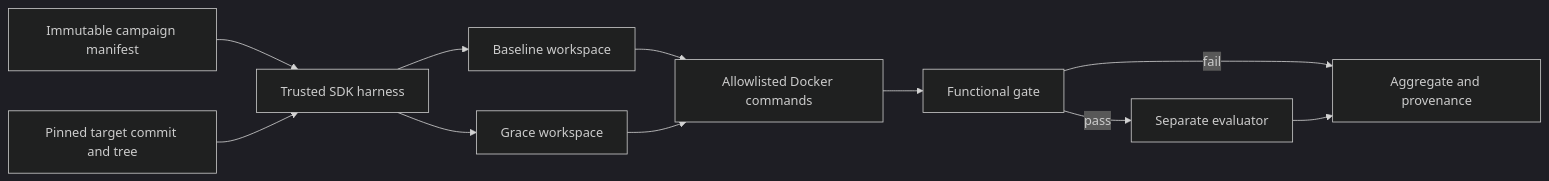
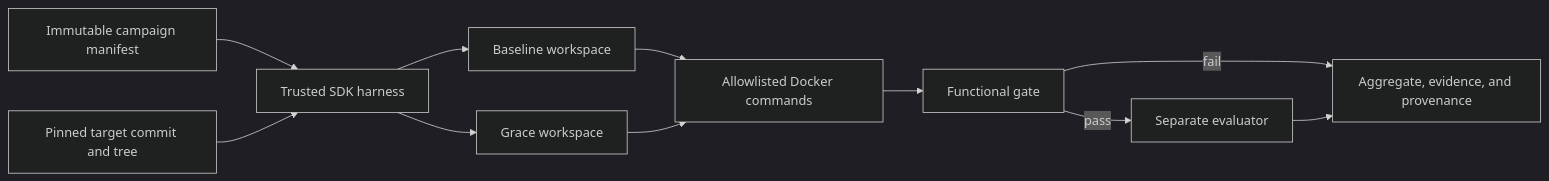
Before and after one commit to HoppR-tech/codeconform-bench: the second of 4 diagrams in README.md, drawn with Mermaid (dark theme). The commit also changed other lines of this file and 25 other files, not shown here.

````diff
--- a/README.md
+++ b/README.md
@@ -62,18 +63,18 @@
 ```mermaid
 flowchart LR
     accTitle: Implemented CCB benchmark architecture
     accDescr {
       The trusted harness creates paired candidate workspaces and calls the same model with and without Grace.
       Candidate commands run in a no-network container. Passing candidates are scored by a separate evaluator after the agent finishes.
     }
     M[Immutable campaign manifest] --> H[Trusted SDK harness]
     T[Pinned target commit and tree] --> H
     H --> B[Baseline workspace]
     H --> G[Grace workspace]
     B --> X[Allowlisted Docker commands]
     G --> X
     X --> F[Functional gate]
     F -->|pass| E[Separate evaluator]
     F -->|fail| R[Zero-quality scored outcome]
-    E --> R[Aggregate and provenance]
+    E --> R[Aggregate, evidence, and provenance]
 ```
````
